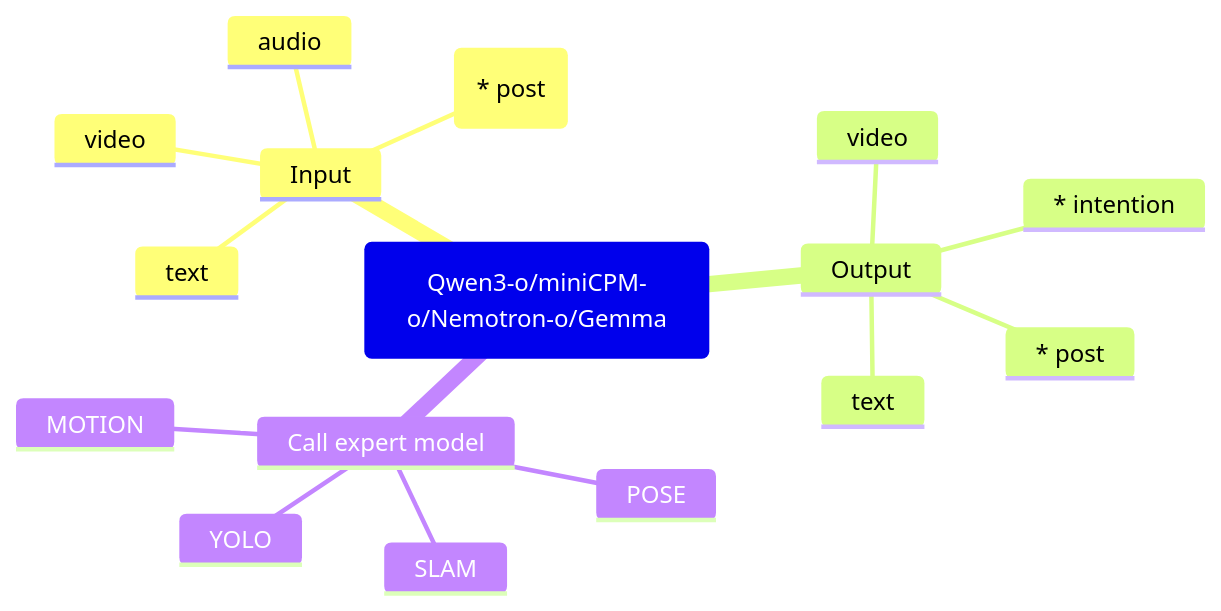
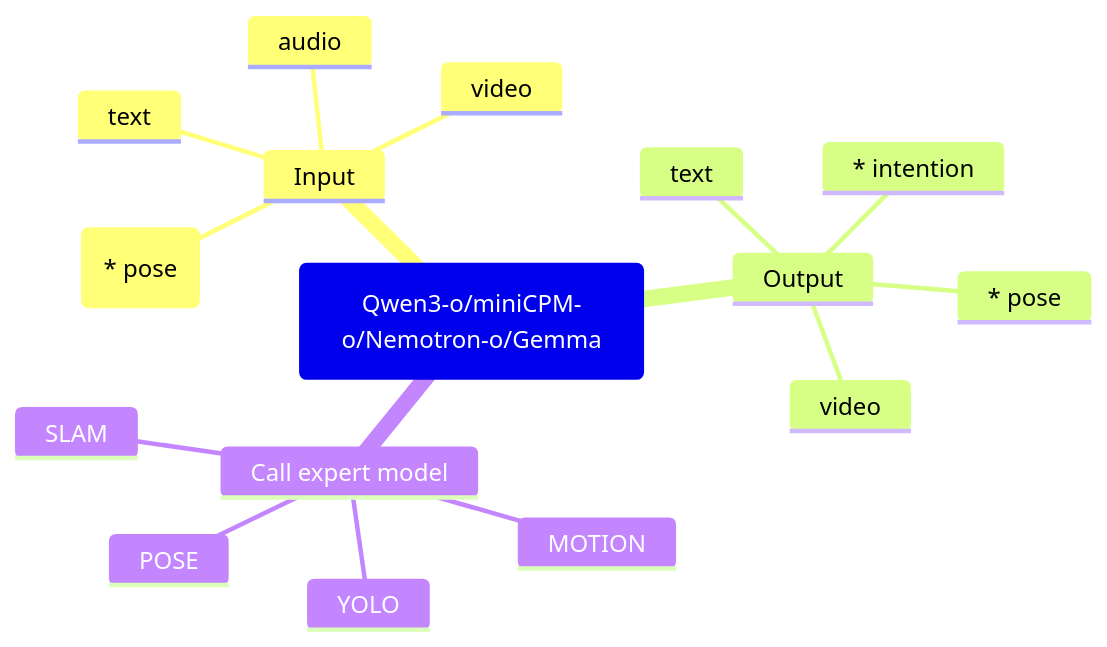
Before and after one commit to Yigu-YM/Note: the diagram in multimodal/survey.md, drawn with Mermaid. The commit also changed other lines of this file, not shown here.

````diff
--- a/multimodal/survey.md
+++ b/multimodal/survey.md
@@ -23,19 +23,19 @@
 ```mermaid
 mindmap
     VLM_BaseModel(Qwen3-o/miniCPM-o/Nemotron-o/Gemma)
         Input
             video
             audio
             text
-            other(* post)
+            other(* pose)
         Output
             text
             video
-            * post
+            * pose
             * intention
         Call expert model
             YOLO
             SLAM
             POSE
             MOTION
 ```
````
